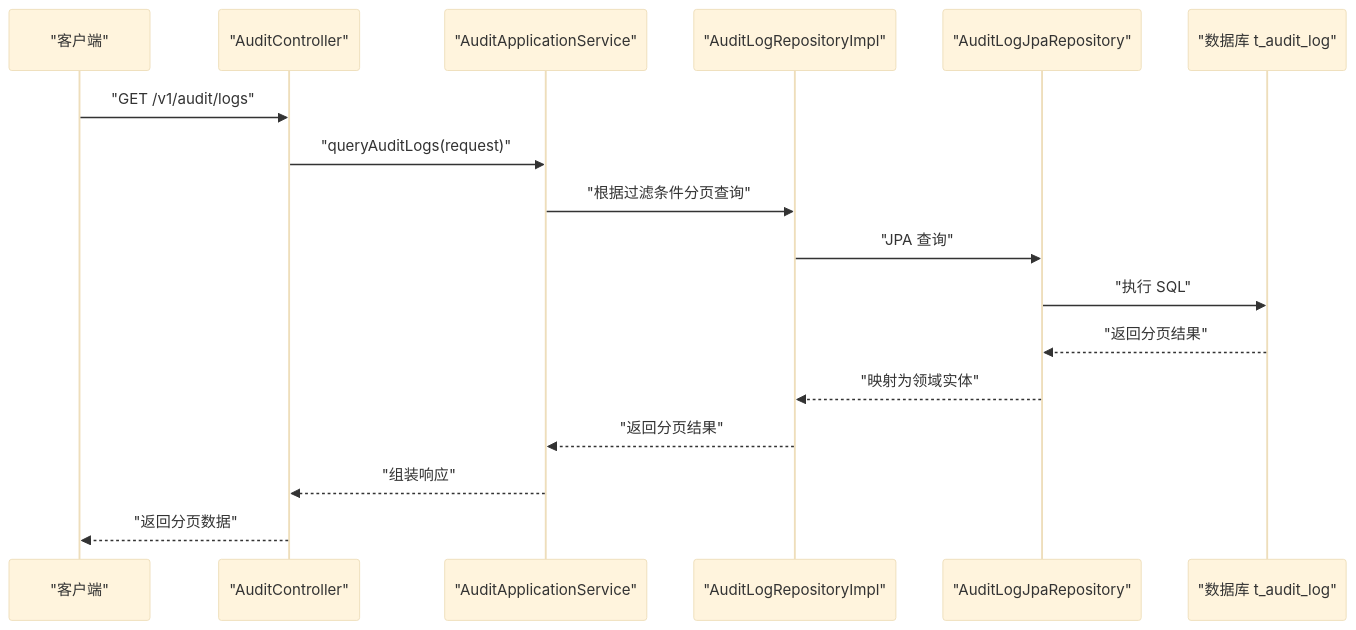
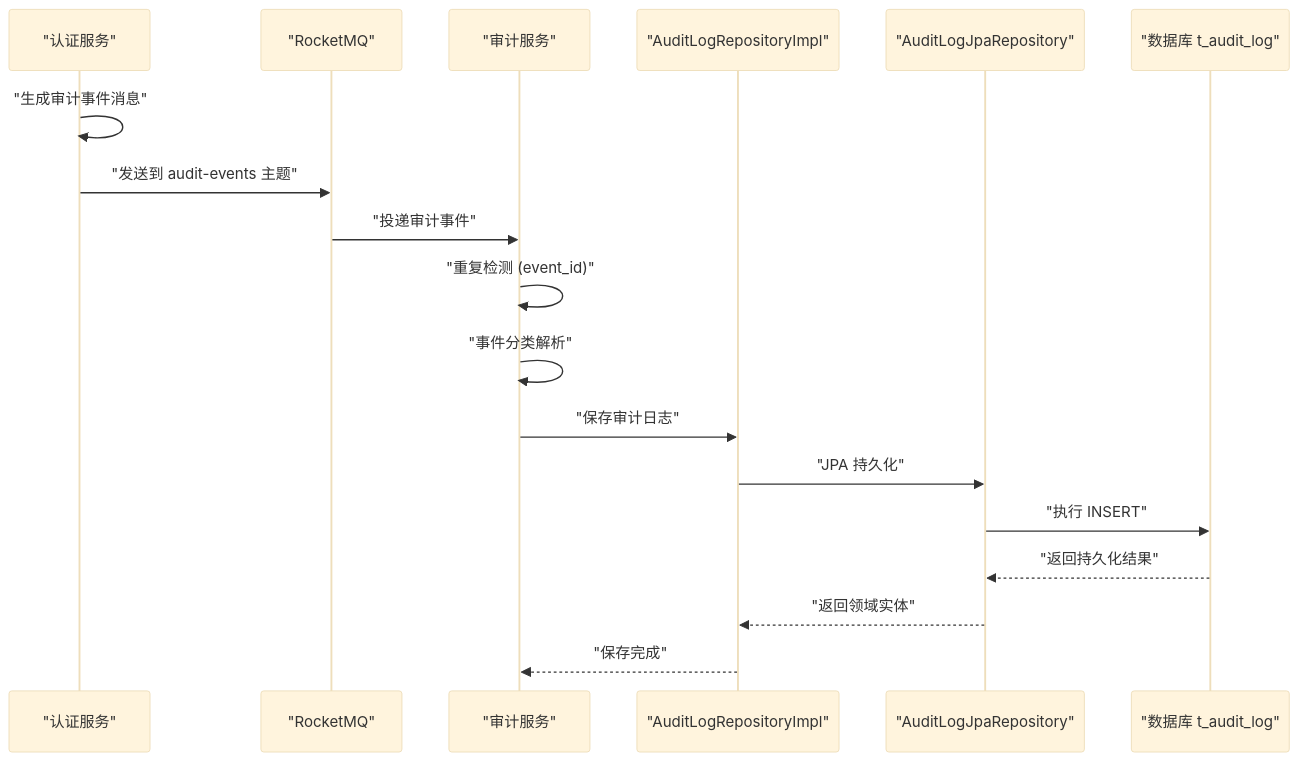
One commit to fq0121104930716/iam-platform changed the second of 9 diagrams in .qoder/repowiki/zh/content/数据库设计/数据库架构/审计日志表.md. Above: the diagram before and after it, drawn with Mermaid (base theme). The commit also changed other lines of this file and 219 other files, not shown here.

````diff
--- a/.qoder/repowiki/zh/content/数据库设计/数据库架构/审计日志表.md
+++ b/.qoder/repowiki/zh/content/数据库设计/数据库架构/审计日志表.md
@@ -153,19 +183,20 @@
 ```mermaid
 sequenceDiagram
-participant Client as "客户端"
-participant Ctrl as "AuditController"
-participant Svc as "AuditApplicationService"
+participant AuthSvc as "认证服务"
+participant MQ as "RocketMQ"
+participant AuditSvc as "审计服务"
 participant Repo as "AuditLogRepositoryImpl"
 participant JRepo as "AuditLogJpaRepository"
 participant DB as "数据库 t_audit_log"
-Client->>Ctrl : "GET /v1/audit/logs"
-Ctrl->>Svc : "queryAuditLogs(request)"
-Svc->>Repo : "根据过滤条件分页查询"
-Repo->>JRepo : "JPA 查询"
-JRepo->>DB : "执行 SQL"
-DB-->>JRepo : "返回分页结果"
-JRepo-->>Repo : "映射为领域实体"
-Repo-->>Svc : "返回分页结果"
-Svc-->>Ctrl : "组装响应"
-Ctrl-->>Client : "返回分页数据"
+AuthSvc->>AuthSvc : "生成审计事件消息"
+AuthSvc->>MQ : "发送到 audit-events 主题"
+MQ->>AuditSvc : "投递审计事件"
+AuditSvc->>AuditSvc : "重复检测 (event_id)"
+AuditSvc->>AuditSvc : "事件分类解析"
+AuditSvc->>Repo : "保存审计日志"
+Repo->>JRepo : "JPA 持久化"
+JRepo->>DB : "执行 INSERT"
+DB-->>JRepo : "返回持久化结果"
+JRepo-->>Repo : "返回领域实体"
+Repo-->>AuditSvc : "保存完成"
 ```
````
